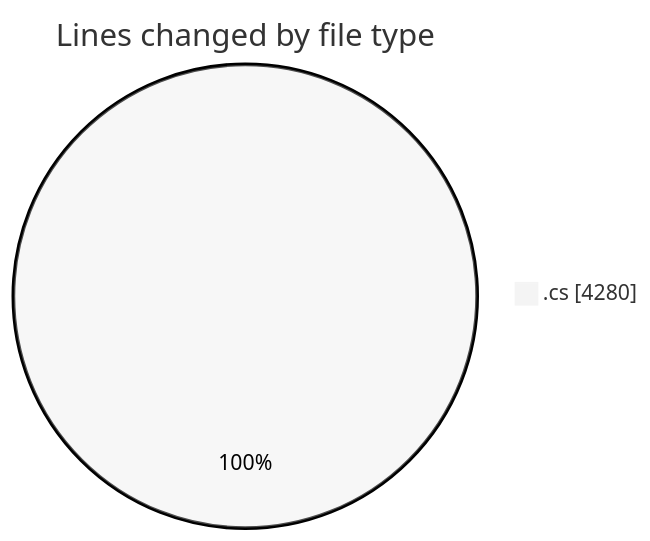
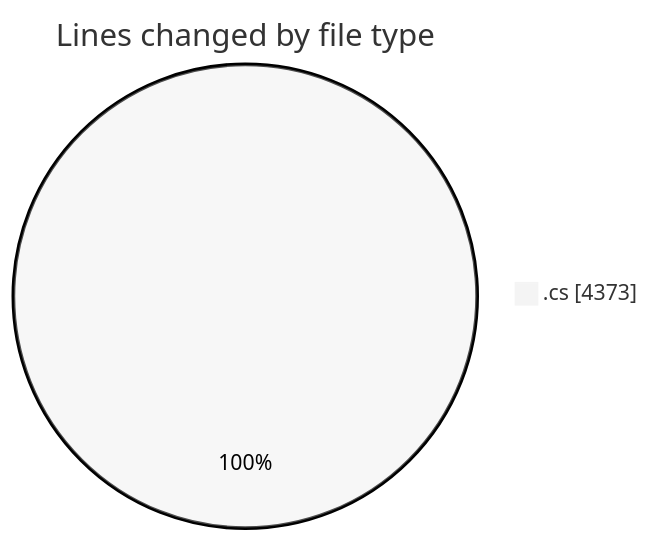
The first of 2 diagrams in 2025-03-26/back-end/README.md (Netris89/code-tracking), drawn with Mermaid (neutral theme) before and after one commit. The commit also changed other lines of this file and 1 other file, not shown here.

````diff
--- a/2025-03-26/back-end/README.md
+++ b/2025-03-26/back-end/README.md
@@ -49,5 +49,5 @@
 ```mermaid
 pie showData
 title Lines changed by file type
-".cs" : 4280
+".cs" : 4373
 ```
````
